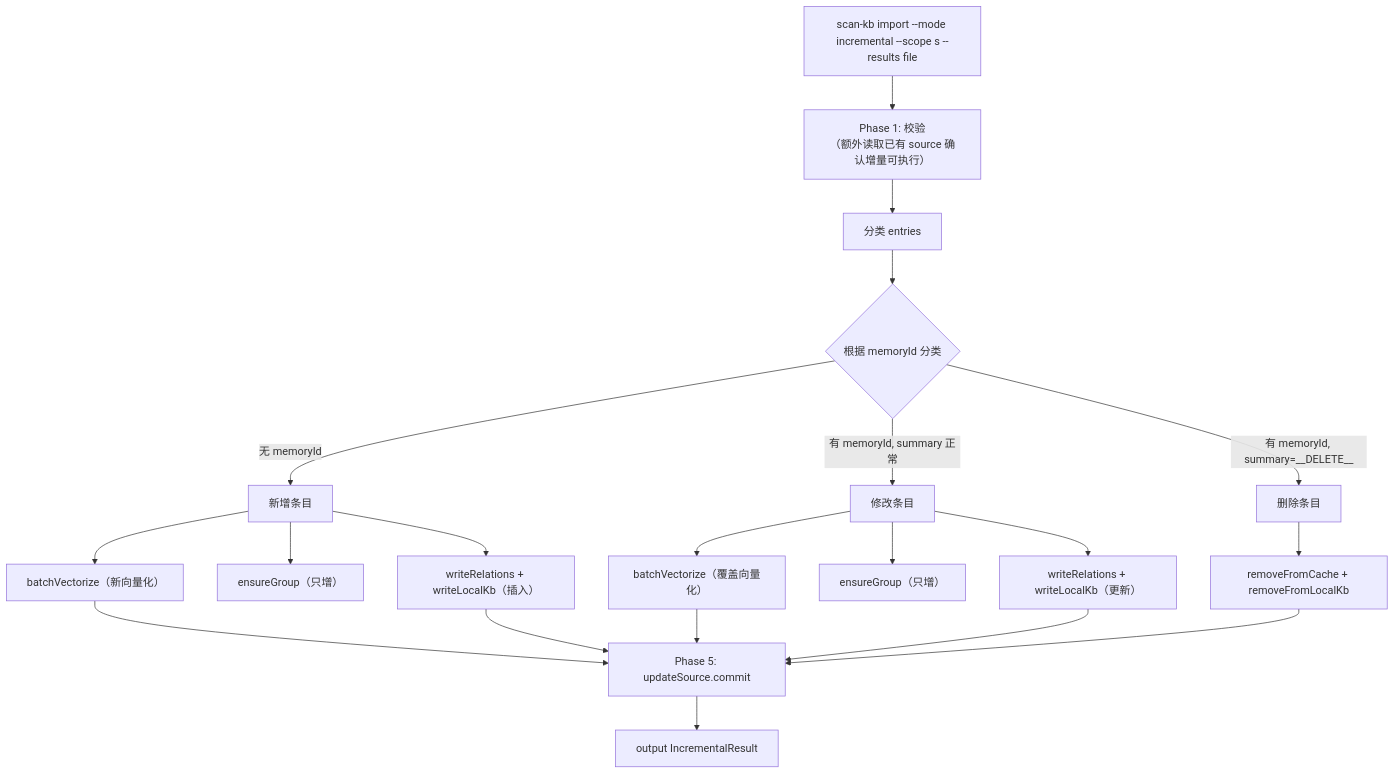
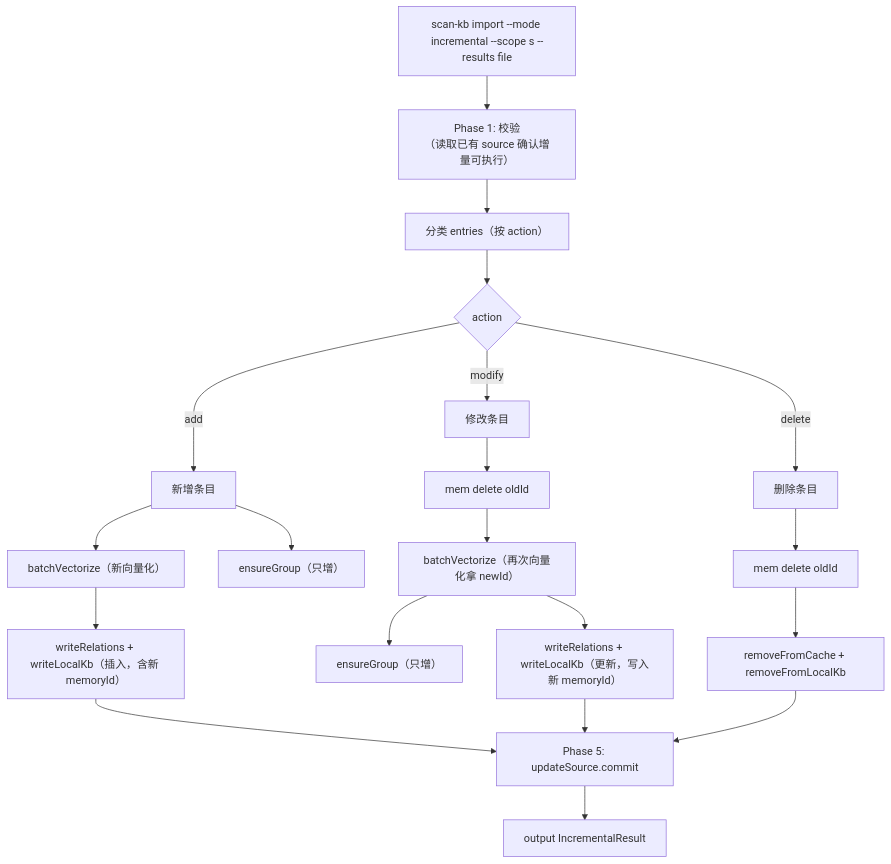
The first of 2 diagrams in docs/knowledge-index/scan-kb_S06_incremental-import_DESIGN.md (HACK-WU/memory-lancedb-mcp), drawn with Mermaid before and after one commit. The commit also changed other lines of this file and 24 other files, not shown here.

First line of the commit message:
feat(knowledge-index): implement S-01~S-06 unified import & incremental flow

````diff
--- a/docs/knowledge-index/scan-kb_S06_incremental-import_DESIGN.md
+++ b/docs/knowledge-index/scan-kb_S06_incremental-import_DESIGN.md
@@ -82,26 +84,27 @@
 ```mermaid
 flowchart TB
-    CLI["scan-kb import --mode incremental --scope s --results file"] --> P1["Phase 1: 校验<br/>（额外读取已有 source 确认增量可执行）"]
-    P1 --> CLASSIFY["分类 entries"]
-    CLASSIFY --> CASE{"根据 memoryId 分类"}
-    CASE -- 无 memoryId --> ADD["新增条目"]
-    CASE -- 有 memoryId, summary 正常 --> MOD["修改条目"]
-    CASE -- 有 memoryId, summary=__DELETE__ --> DEL["删除条目"]
-    
+    CLI["scan-kb import --mode incremental --scope s --results file"] --> P1["Phase 1: 校验<br/>（读取已有 source 确认增量可执行）"]
+    P1 --> CLASSIFY["分类 entries（按 action）"]
+    CLASSIFY --> CASE{"action"}
+    CASE -- add --> ADD["新增条目"]
+    CASE -- modify --> MOD["修改条目"]
+    CASE -- delete --> DEL["删除条目"]
+
+    MOD --> DEL_OLD["mem delete oldId"]
+    DEL --> DEL_FULL["mem delete oldId"]
+
     ADD --> BV["batchVectorize（新向量化）"]
-    MOD --> BV2["batchVectorize（覆盖向量化）"]
-    
+    DEL_OLD --> BV2["batchVectorize（再次向量化拿 newId）"]
+
     ADD --> GRP_NEW["ensureGroup（只增）"]
-    MOD --> GRP_MOD["ensureGroup（只增）"]
-    
-    ADD --> WR_NEW["writeRelations + writeLocalKb（插入）"]
-    MOD --> WR_MOD["writeRelations + writeLocalKb（更新）"]
-    DEL --> RM["removeFromCache + removeFromLocalKb"]
-    
-    BV --> P5["Phase 5: updateSource.commit"]
-    BV2 --> P5
+    BV2 --> GRP_MOD["ensureGroup（只增）"]
+
+    BV --> WR_NEW["writeRelations + writeLocalKb（插入，含新 memoryId）"]
+    BV2 --> WR_MOD["writeRelations + writeLocalKb（更新，写入新 memoryId）"]
+    DEL_FULL --> RM["removeFromCache + removeFromLocalKb"]
+
+    WR_NEW --> P5["Phase 5: updateSource.commit"]
+    WR_MOD --> P5
     RM --> P5
-    WR_NEW --> P5
-    WR_MOD --> P5
     P5 --> OUTPUT["output IncrementalResult"]
 ```
````
